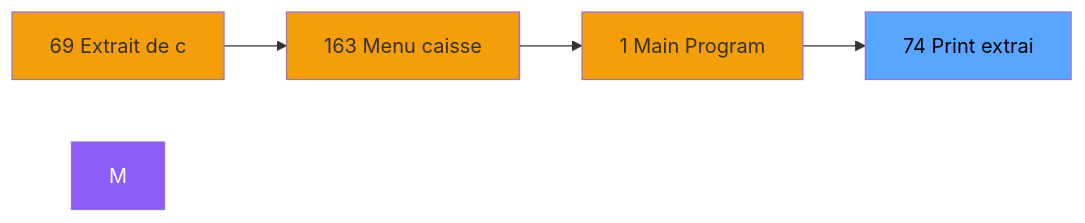
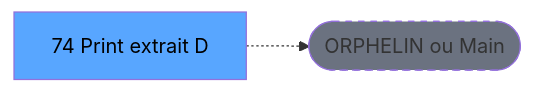
Before and after one commit to thonyAGP/lecteur-magic: the second of 3 diagrams in .openspec/renders/ADH-IDE-74.md, drawn with Mermaid. The commit also changed other lines of this file and 701 other files, not shown here.

````diff
--- a/.openspec/renders/ADH-IDE-74.md
+++ b/.openspec/renders/ADH-IDE-74.md
@@ -123,15 +122,8 @@
 ```mermaid
 graph LR
-    N69[69 Extrait de c]
-    N163[163 Menu caisse ]
-    N1[1 Main Program]
-    T[74 Print extrai]
-    N69 --> N163
-    N163 --> N1
-    N1 --> T
-    style M fill:#8b5cf6,color:#fff
-    style N69 fill:#f59e0b
-    style N163 fill:#f59e0b
-    style N1 fill:#f59e0b
+    T[74 Print extrait D]
+    ORPHAN([ORPHELIN ou Main])
+    T -.-> ORPHAN
     style T fill:#58a6ff,color:#000
+    style ORPHAN fill:#6b7280,stroke-dasharray: 5 5
 ```
````
